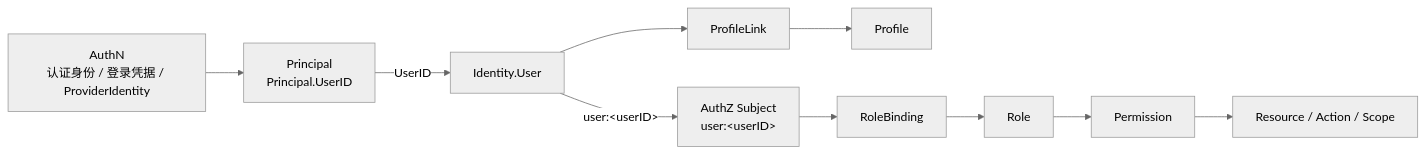
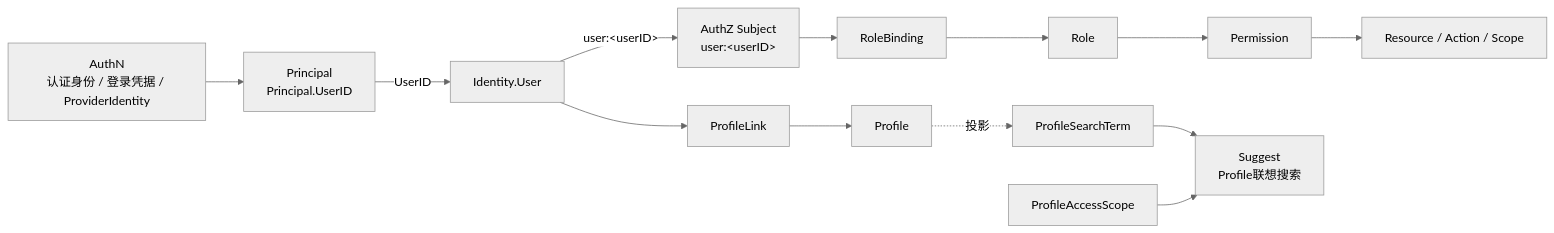
The third of 3 diagrams in docs/04-身份Identity/README.md (FangcunMount/iam), drawn with Mermaid (neutral theme) before and after one commit. The commit also changed other lines of this file and 16 other files, not shown here.

````diff
--- a/docs/04-身份Identity/README.md
+++ b/docs/04-身份Identity/README.md
@@ -301,19 +354,25 @@
 ```mermaid
 flowchart LR
     AuthnIdentity["AuthN<br/>认证身份 / 登录凭据 / ProviderIdentity"]
     Principal["Principal<br/>Principal.UserID"]
     User["Identity.User"]
     ProfileLink["ProfileLink"]
     Profile["Profile"]
     Subject["AuthZ Subject<br/>user:&lt;userID&gt;"]
     RoleBinding["RoleBinding"]
     Role["Role"]
     Permission["Permission"]
     Resource["Resource / Action / Scope"]
+    Suggest["Suggest<br/>Profile联想搜索"]
+    SearchTerm["ProfileSearchTerm"]
+    AccessScope["ProfileAccessScope"]
 
     AuthnIdentity --> Principal
     Principal -->|UserID| User
     User --> ProfileLink --> Profile
     User -->|user:&lt;userID&gt;| Subject
     Subject --> RoleBinding --> Role --> Permission --> Resource
+    Profile -.投影.-> SearchTerm
+    SearchTerm --> Suggest
+    AccessScope --> Suggest
 ```
````
